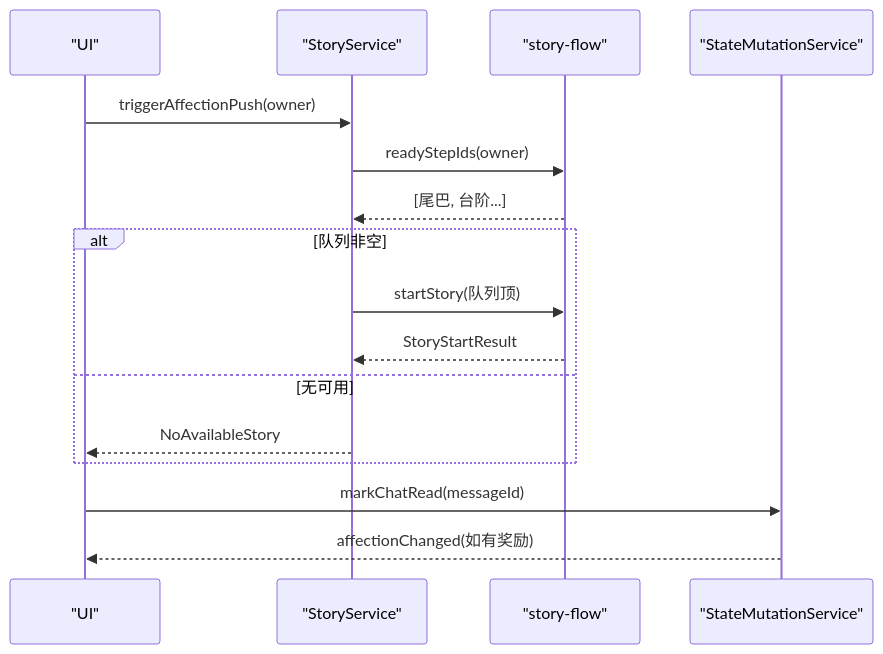
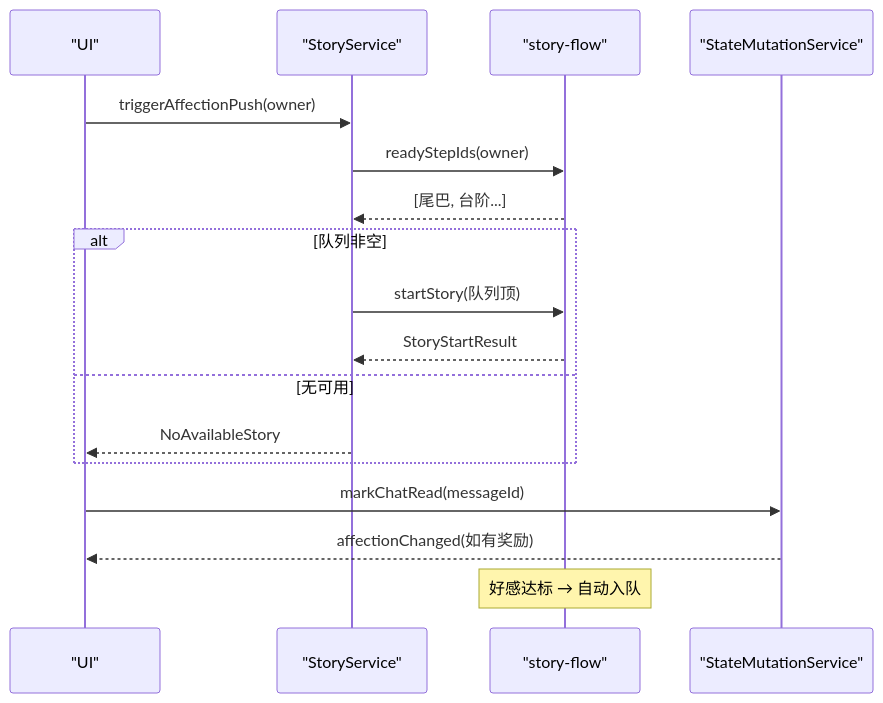
Before and after one commit to EsiLA9/Arona-Clicker: the fifth of 8 diagrams in .qoder/repowiki/zh/content/游戏系统/羁绊系统.md, drawn with Mermaid. The commit also changed other lines of this file and 176 other files, not shown here.

````diff
--- a/.qoder/repowiki/zh/content/游戏系统/羁绊系统.md
+++ b/.qoder/repowiki/zh/content/游戏系统/羁绊系统.md
@@ -224,18 +254,19 @@
 ```mermaid
 sequenceDiagram
 participant UI as "UI"
 participant SS as "StoryService"
 participant SF as "story-flow"
 participant SMS as "StateMutationService"
 UI->>SS : triggerAffectionPush(owner)
 SS->>SF : readyStepIds(owner)
 SF-->>SS : [尾巴, 台阶...]
 alt 队列非空
 SS->>SF : startStory(队列顶)
 SF-->>SS : StoryStartResult
 else 无可用
 SS-->>UI : NoAvailableStory
 end
 UI->>SMS : markChatRead(messageId)
 SMS-->>UI : affectionChanged(如有奖励)
+Note over SF : 好感达标 → 自动入队
 ```
````
